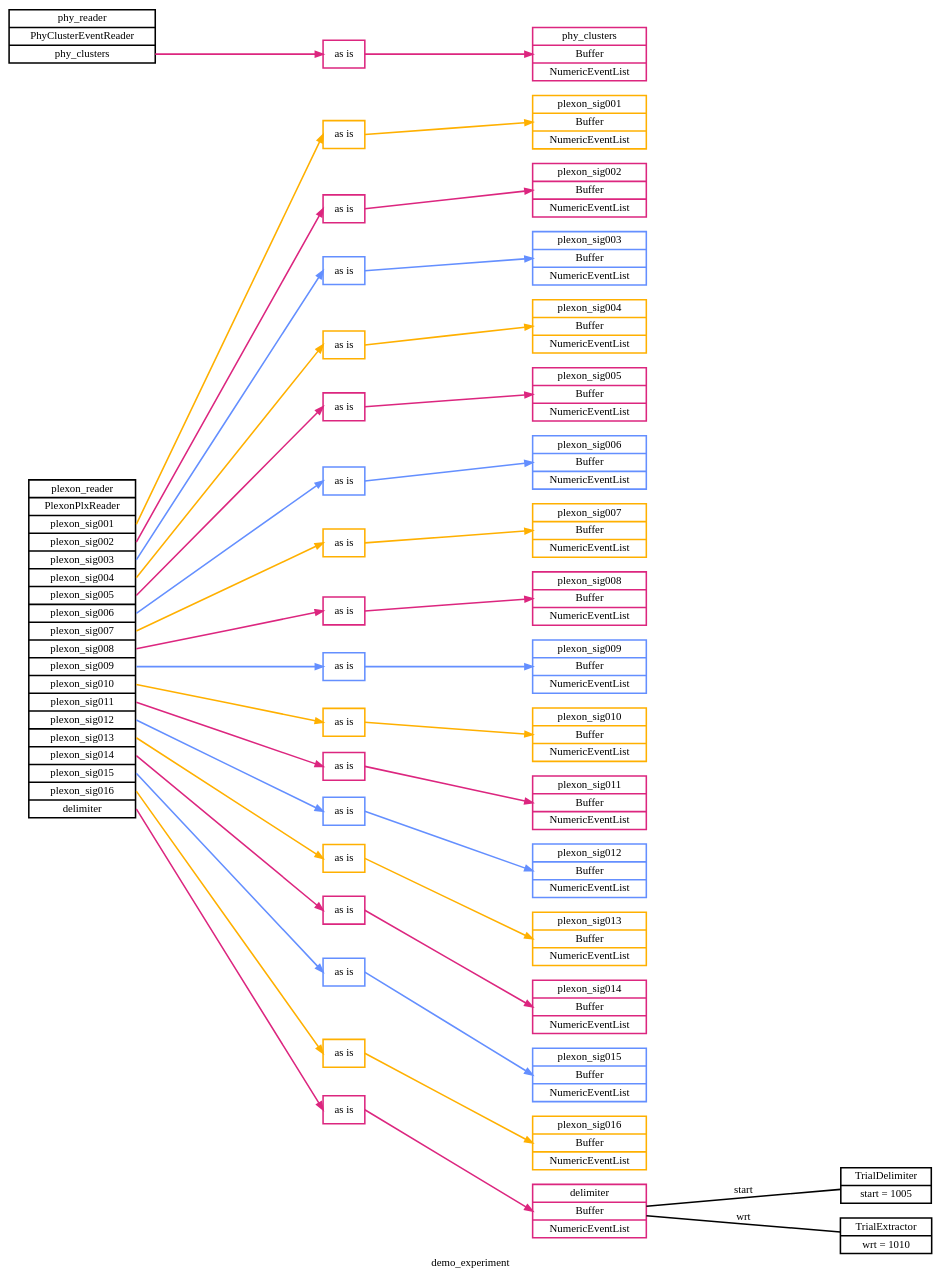
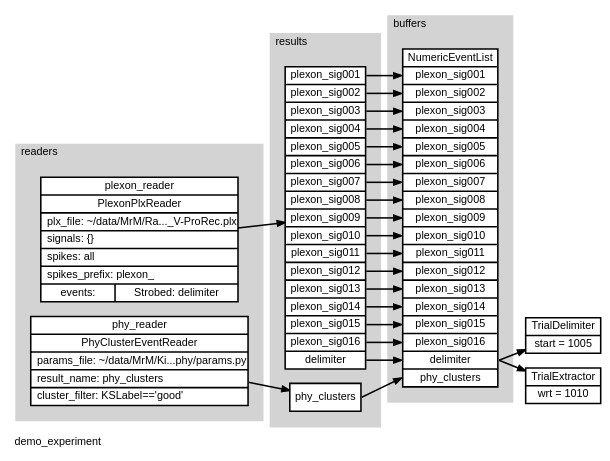
Before and after one commit to lwthompson2/pyramid: the diagram in docs/phy-plexon-demo/images/demo_experiment.dot, drawn with Graphviz. The commit also changed 15 other files, not shown here.

Commit message:
Rework graphing for flow and config details.

```diff
--- a/docs/phy-plexon-demo/images/demo_experiment.dot
+++ b/docs/phy-plexon-demo/images/demo_experiment.dot
@@ -1,83 +1,46 @@
 digraph demo_experiment {
-	graph [label=demo_experiment overlap=scale rankdir=LR ranksep=3.0 splines=false]
-	node [penwidth=2.0]
-	edge [penwidth=2.0]
-	plexon_reader [label="<plexon_reader>plexon_reader|PlexonPlxReader|<plexon_sig001>plexon_sig001|<plexon_sig002>plexon_sig002|<plexon_sig003>plexon_sig003|<plexon_sig004>plexon_sig004|<plexon_sig005>plexon_sig005|<plexon_sig006>plexon_sig006|<plexon_sig007>plexon_sig007|<plexon_sig008>plexon_sig008|<plexon_sig009>plexon_sig009|<plexon_sig010>plexon_sig010|<plexon_sig011>plexon_sig011|<plexon_sig012>plexon_sig012|<plexon_sig013>plexon_sig013|<plexon_sig014>plexon_sig014|<plexon_sig015>plexon_sig015|<plexon_sig016>plexon_sig016|<delimiter>delimiter" shape=record]
-	phy_reader [label="<phy_reader>phy_reader|PhyClusterEventReader|<phy_clusters>phy_clusters" shape=record]
-	plexon_sig001 [label="plexon_sig001|Buffer|NumericEventList" color="#FFB000" shape=record]
-	plexon_sig002 [label="plexon_sig002|Buffer|NumericEventList" color="#DC267F" shape=record]
-	plexon_sig003 [label="plexon_sig003|Buffer|NumericEventList" color="#648FFF" shape=record]
-	plexon_sig004 [label="plexon_sig004|Buffer|NumericEventList" color="#FFB000" shape=record]
-	plexon_sig005 [label="plexon_sig005|Buffer|NumericEventList" color="#DC267F" shape=record]
-	plexon_sig006 [label="plexon_sig006|Buffer|NumericEventList" color="#648FFF" shape=record]
-	plexon_sig007 [label="plexon_sig007|Buffer|NumericEventList" color="#FFB000" shape=record]
-	plexon_sig008 [label="plexon_sig008|Buffer|NumericEventList" color="#DC267F" shape=record]
-	plexon_sig009 [label="plexon_sig009|Buffer|NumericEventList" color="#648FFF" shape=record]
-	plexon_sig010 [label="plexon_sig010|Buffer|NumericEventList" color="#FFB000" shape=record]
-	plexon_sig011 [label="plexon_sig011|Buffer|NumericEventList" color="#DC267F" shape=record]
-	plexon_sig012 [label="plexon_sig012|Buffer|NumericEventList" color="#648FFF" shape=record]
-	plexon_sig013 [label="plexon_sig013|Buffer|NumericEventList" color="#FFB000" shape=record]
-	plexon_sig014 [label="plexon_sig014|Buffer|NumericEventList" color="#DC267F" shape=record]
-	plexon_sig015 [label="plexon_sig015|Buffer|NumericEventList" color="#648FFF" shape=record]
-	plexon_sig016 [label="plexon_sig016|Buffer|NumericEventList" color="#FFB000" shape=record]
-	delimiter [label="delimiter|Buffer|NumericEventList" color="#DC267F" shape=record]
-	phy_clusters [label="phy_clusters|Buffer|NumericEventList" color="#DC267F" shape=record]
-	plexon_reader_route_0 [label="as is" color="#FFB000" shape=record]
-	plexon_reader:plexon_sig001:e -> plexon_reader_route_0:w [color="#FFB000"]
-	plexon_reader_route_0:e -> plexon_sig001:w [color="#FFB000"]
-	plexon_reader_route_1 [label="as is" color="#DC267F" shape=record]
-	plexon_reader:plexon_sig002:e -> plexon_reader_route_1:w [color="#DC267F"]
-	plexon_reader_route_1:e -> plexon_sig002:w [color="#DC267F"]
-	plexon_reader_route_2 [label="as is" color="#648FFF" shape=record]
-	plexon_reader:plexon_sig003:e -> plexon_reader_route_2:w [color="#648FFF"]
-	plexon_reader_route_2:e -> plexon_sig003:w [color="#648FFF"]
-	plexon_reader_route_3 [label="as is" color="#FFB000" shape=record]
-	plexon_reader:plexon_sig004:e -> plexon_reader_route_3:w [color="#FFB000"]
-	plexon_reader_route_3:e -> plexon_sig004:w [color="#FFB000"]
-	plexon_reader_route_4 [label="as is" color="#DC267F" shape=record]
-	plexon_reader:plexon_sig005:e -> plexon_reader_route_4:w [color="#DC267F"]
-	plexon_reader_route_4:e -> plexon_sig005:w [color="#DC267F"]
-	plexon_reader_route_5 [label="as is" color="#648FFF" shape=record]
-	plexon_reader:plexon_sig006:e -> plexon_reader_route_5:w [color="#648FFF"]
-	plexon_reader_route_5:e -> plexon_sig006:w [color="#648FFF"]
-	plexon_reader_route_6 [label="as is" color="#FFB000" shape=record]
-	plexon_reader:plexon_sig007:e -> plexon_reader_route_6:w [color="#FFB000"]
-	plexon_reader_route_6:e -> plexon_sig007:w [color="#FFB000"]
-	plexon_reader_route_7 [label="as is" color="#DC267F" shape=record]
-	plexon_reader:plexon_sig008:e -> plexon_reader_route_7:w [color="#DC267F"]
-	plexon_reader_route_7:e -> plexon_sig008:w [color="#DC267F"]
-	plexon_reader_route_8 [label="as is" color="#648FFF" shape=record]
-	plexon_reader:plexon_sig009:e -> plexon_reader_route_8:w [color="#648FFF"]
-	plexon_reader_route_8:e -> plexon_sig009:w [color="#648FFF"]
-	plexon_reader_route_9 [label="as is" color="#FFB000" shape=record]
-	plexon_reader:plexon_sig010:e -> plexon_reader_route_9:w [color="#FFB000"]
-	plexon_reader_route_9:e -> plexon_sig010:w [color="#FFB000"]
-	plexon_reader_route_10 [label="as is" color="#DC267F" shape=record]
-	plexon_reader:plexon_sig011:e -> plexon_reader_route_10:w [color="#DC267F"]
-	plexon_reader_route_10:e -> plexon_sig011:w [color="#DC267F"]
-	plexon_reader_route_11 [label="as is" color="#648FFF" shape=record]
-	plexon_reader:plexon_sig012:e -> plexon_reader_route_11:w [color="#648FFF"]
-	plexon_reader_route_11:e -> plexon_sig012:w [color="#648FFF"]
-	plexon_reader_route_12 [label="as is" color="#FFB000" shape=record]
-	plexon_reader:plexon_sig013:e -> plexon_reader_route_12:w [color="#FFB000"]
-	plexon_reader_route_12:e -> plexon_sig013:w [color="#FFB000"]
-	plexon_reader_route_13 [label="as is" color="#DC267F" shape=record]
-	plexon_reader:plexon_sig014:e -> plexon_reader_route_13:w [color="#DC267F"]
-	plexon_reader_route_13:e -> plexon_sig014:w [color="#DC267F"]
-	plexon_reader_route_14 [label="as is" color="#648FFF" shape=record]
-	plexon_reader:plexon_sig015:e -> plexon_reader_route_14:w [color="#648FFF"]
-	plexon_reader_route_14:e -> plexon_sig015:w [color="#648FFF"]
-	plexon_reader_route_15 [label="as is" color="#FFB000" shape=record]
-	plexon_reader:plexon_sig016:e -> plexon_reader_route_15:w [color="#FFB000"]
-	plexon_reader_route_15:e -> plexon_sig016:w [color="#FFB000"]
-	plexon_reader_route_16 [label="as is" color="#DC267F" shape=record]
-	plexon_reader:delimiter:e -> plexon_reader_route_16:w [color="#DC267F"]
-	plexon_reader_route_16:e -> delimiter:w [color="#DC267F"]
-	phy_reader_route_0 [label="as is" color="#DC267F" shape=record]
-	phy_reader:phy_clusters:e -> phy_reader_route_0:w [color="#DC267F"]
-	phy_reader_route_0:e -> phy_clusters:w [color="#DC267F"]
-	trial_delimiter [label="TrialDelimiter|start = 1005" shape=record]
-	delimiter -> trial_delimiter [label=start arrowhead=none arrowtail=none]
-	trial_extractor [label="TrialExtractor|wrt = 1010" shape=record]
-	delimiter -> trial_extractor [label=wrt arrowhead=none arrowtail=none]
+	graph [fontname=Arial label=demo_experiment labeljust=l outputorder=edgesfirst overlap=scale rankdir=LR splines=false]
+	node [fillcolor=white fontname=Arial penwidth=2.0 shape=record style=filled]
+	edge [fontname=Arial penwidth=2.0]
+	subgraph cluster_buffers {
+		graph [bgcolor=lightgray color=transparent fontname=Arial label=buffers margin=20 rank=same]
+		event_list [label="NumericEventList|<plexon_sig001>plexon_sig001|<plexon_sig002>plexon_sig002|<plexon_sig003>plexon_sig003|<plexon_sig004>plexon_sig004|<plexon_sig005>plexon_sig005|<plexon_sig006>plexon_sig006|<plexon_sig007>plexon_sig007|<plexon_sig008>plexon_sig008|<plexon_sig009>plexon_sig009|<plexon_sig010>plexon_sig010|<plexon_sig011>plexon_sig011|<plexon_sig012>plexon_sig012|<plexon_sig013>plexon_sig013|<plexon_sig014>plexon_sig014|<plexon_sig015>plexon_sig015|<plexon_sig016>plexon_sig016|<delimiter>delimiter|<phy_clusters>phy_clusters"]
+	}
+	trial_delimiter [label="TrialDelimiter|start = 1005"]
+	event_list:delimiter:e -> trial_delimiter
+	trial_extractor [label="TrialExtractor|wrt = 1010"]
+	event_list:delimiter:e -> trial_extractor
+	subgraph cluster_enhancers {
+		graph [bgcolor=lightgray color=transparent fontname=Arial label=enhancers margin=20 rank=same]
+	}
+	subgraph cluster_readers {
+		graph [bgcolor=lightgray color=transparent fontname=Arial label=readers margin=20 rank=same]
+		plexon_reader [label="plexon_reader|PlexonPlxReader|plx_file: ~/data/MrM/Ra..._V-ProRec.plx\l|signals: \{\}\l|spikes: all\l|spikes_prefix: plexon_\l|{events: |{ Strobed: delimiter }}"]
+		phy_reader [label="phy_reader|PhyClusterEventReader|params_file: ~/data/MrM/Ki...phy/params.py\l|result_name: phy_clusters\l|cluster_filter: KSLabel=='good'\l"]
+	}
+	plexon_reader -> plexon_reader_results
+	phy_reader -> phy_reader_results
+	subgraph cluster_results {
+		graph [bgcolor=lightgray color=transparent fontname=Arial label=results margin=20 rank=same]
+		plexon_reader_results [label="<plexon_sig001>plexon_sig001|<plexon_sig002>plexon_sig002|<plexon_sig003>plexon_sig003|<plexon_sig004>plexon_sig004|<plexon_sig005>plexon_sig005|<plexon_sig006>plexon_sig006|<plexon_sig007>plexon_sig007|<plexon_sig008>plexon_sig008|<plexon_sig009>plexon_sig009|<plexon_sig010>plexon_sig010|<plexon_sig011>plexon_sig011|<plexon_sig012>plexon_sig012|<plexon_sig013>plexon_sig013|<plexon_sig014>plexon_sig014|<plexon_sig015>plexon_sig015|<plexon_sig016>plexon_sig016|<delimiter>delimiter"]
+		phy_reader_results [label="<phy_clusters>phy_clusters"]
+	}
+	plexon_reader_results:plexon_sig001:e -> event_list:plexon_sig001:w
+	plexon_reader_results:plexon_sig002:e -> event_list:plexon_sig002:w
+	plexon_reader_results:plexon_sig003:e -> event_list:plexon_sig003:w
+	plexon_reader_results:plexon_sig004:e -> event_list:plexon_sig004:w
+	plexon_reader_results:plexon_sig005:e -> event_list:plexon_sig005:w
+	plexon_reader_results:plexon_sig006:e -> event_list:plexon_sig006:w
+	plexon_reader_results:plexon_sig007:e -> event_list:plexon_sig007:w
+	plexon_reader_results:plexon_sig008:e -> event_list:plexon_sig008:w
+	plexon_reader_results:plexon_sig009:e -> event_list:plexon_sig009:w
+	plexon_reader_results:plexon_sig010:e -> event_list:plexon_sig010:w
+	plexon_reader_results:plexon_sig011:e -> event_list:plexon_sig011:w
+	plexon_reader_results:plexon_sig012:e -> event_list:plexon_sig012:w
+	plexon_reader_results:plexon_sig013:e -> event_list:plexon_sig013:w
+	plexon_reader_results:plexon_sig014:e -> event_list:plexon_sig014:w
+	plexon_reader_results:plexon_sig015:e -> event_list:plexon_sig015:w
+	plexon_reader_results:plexon_sig016:e -> event_list:plexon_sig016:w
+	plexon_reader_results:delimiter:e -> event_list:delimiter:w
+	phy_reader_results:phy_clusters:e -> event_list:phy_clusters:w
 }
```
